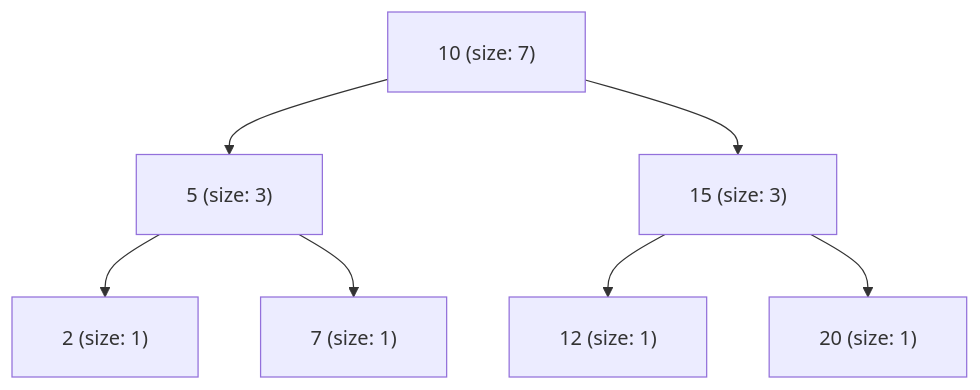
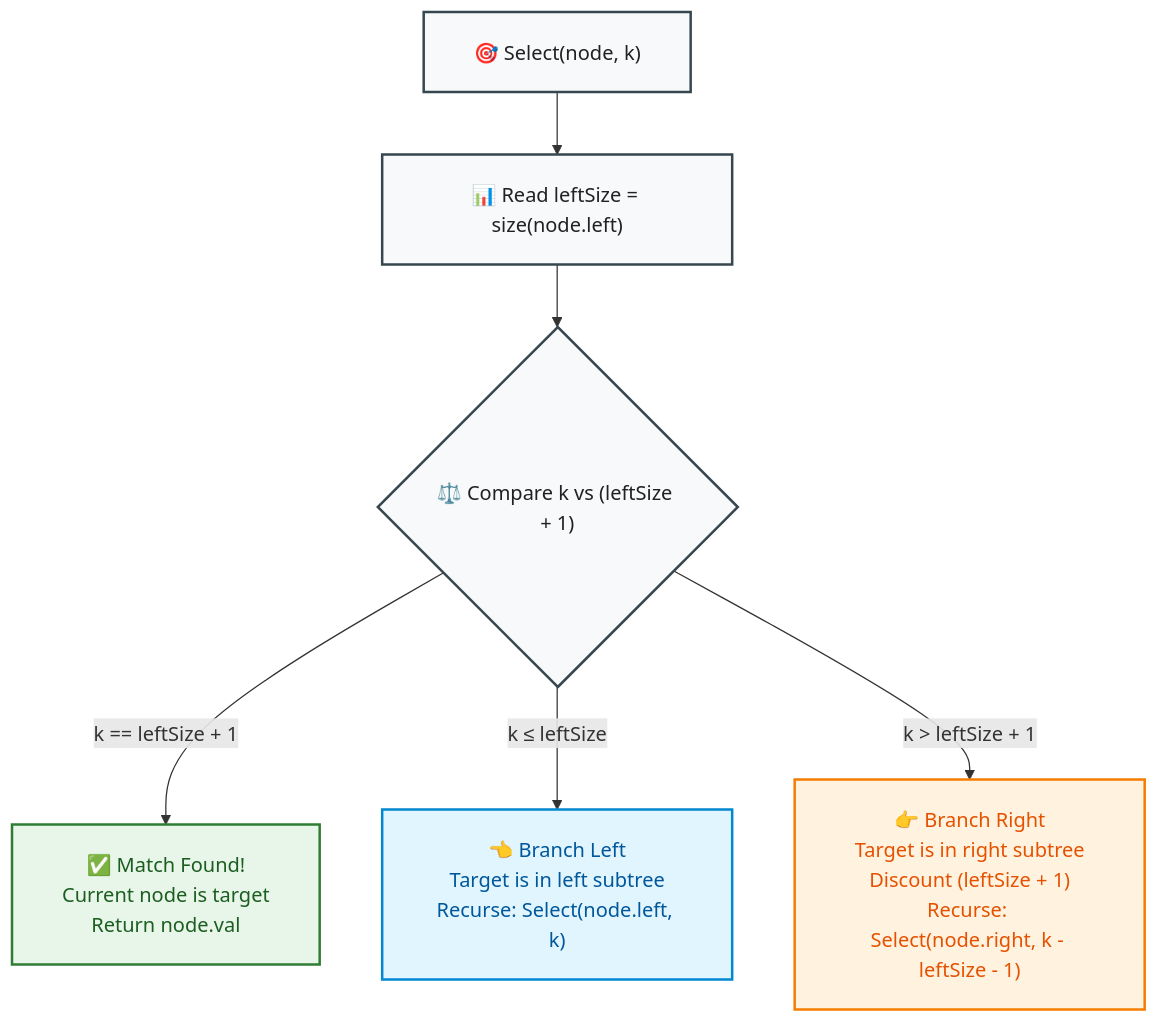
One commit to dip4k/DSA_102 changed the diagram in week_07_trees_and_balanced_search_trees/Week_07_Day_05_Augmented_BSTs_OrderStatistics_Instructional.md. Above: the diagram before and after it, drawn with Mermaid. The commit also changed other lines of this file and 147 other files, not shown here.

First line of the commit message:
feat(curriculum): enrich Weeks 01-19 instructional modules & resolve repository-wide Mermaid cutoff

````diff
--- a/week_07_trees_and_balanced_search_trees/Week_07_Day_05_Augmented_BSTs_OrderStatistics_Instructional.md
+++ b/week_07_trees_and_balanced_search_trees/Week_07_Day_05_Augmented_BSTs_OrderStatistics_Instructional.md
@@ -74,10 +346,19 @@
 ```mermaid
 %%{init: {"flowchart": {"htmlLabels": true, "padding": 20}, "themeCSS": "foreignObject { overflow: visible !important; }"}}%%
 flowchart TD
-    N10["10 (size: 7)"] --> N5["5 (size: 3)"]
-    N10 --> N15["15 (size: 3)"]
-    N5 --> N2["2 (size: 1)"]
-    N5 --> N7["7 (size: 1)"]
-    N15 --> N12["12 (size: 1)"]
-    N15 --> N20["20 (size: 1)"]
+    Start["🎯 Select(node, k)"] --> Calc["📊 Read leftSize = size(node.left)"]
+    Calc --> Branch{"⚖️ Compare k vs (leftSize + 1)"}
+    
+    Branch -->|"k == leftSize + 1"| Match["✅ Match Found!<br/>Current node is target<br/>Return node.val"]
+    Branch -->|"k &le; leftSize"| GoLeft["👈 Branch Left<br/>Target is in left subtree<br/>Recurse: Select(node.left, k)"]
+    Branch -->|"k &gt; leftSize + 1"| GoRight["👉 Branch Right<br/>Target is in right subtree<br/>Discount (leftSize + 1)<br/>Recurse: Select(node.right, k - leftSize - 1)"]
+    
+    classDef default fill:#f8f9fa,stroke:#37474f,stroke-width:2px,color:#212121
+    classDef match fill:#e8f5e9,stroke:#2e7d32,stroke-width:2px,color:#1b5e20
+    classDef left fill:#e1f5fe,stroke:#0288d1,stroke-width:2px,color:#01579b
+    classDef right fill:#fff3e0,stroke:#f57c00,stroke-width:2px,color:#e65100
+    
+    class Match match
+    class GoLeft left
+    class GoRight right
 ```
````
